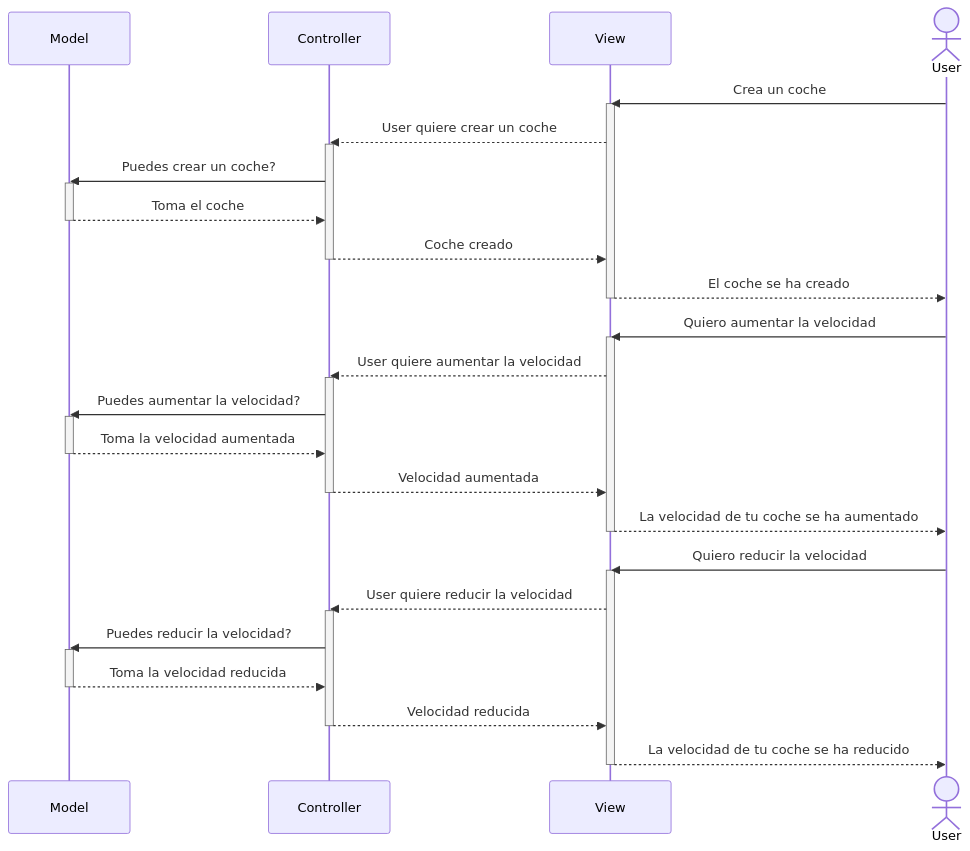
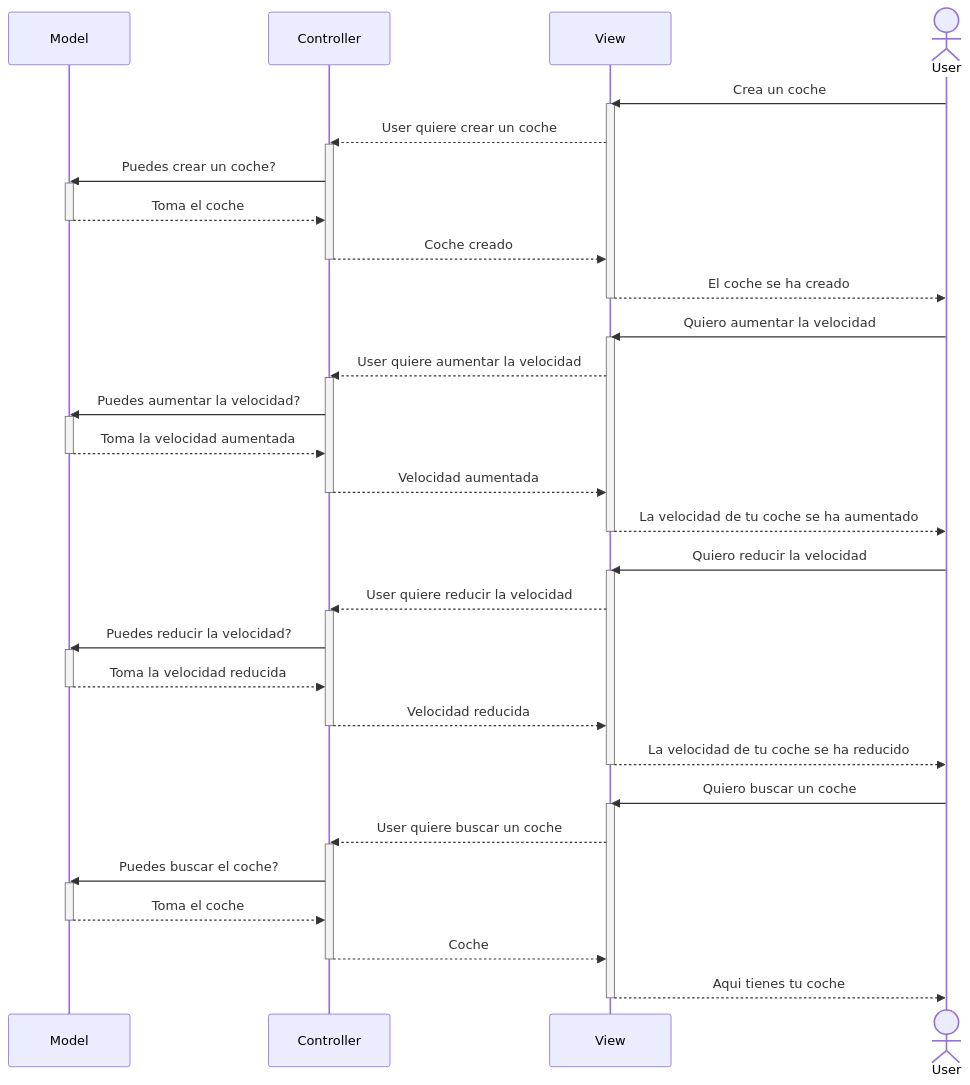
The second of 3 diagrams in Readme.md (JorgeAmestoy/MVC_coches), drawn with Mermaid before and after one commit. The commit also changed other lines of this file, not shown here.

````diff
--- a/Readme.md
+++ b/Readme.md
@@ -51,47 +53,62 @@
 ```mermaid
 sequenceDiagram
     participant Model
     participant Controller
     participant View
     actor User    
     
     User->>View: Crea un coche
     activate View
     View-->>Controller: User quiere crear un coche
     activate Controller    
     Controller->>Model: Puedes crear un coche?
     activate Model
     Model-->>Controller: Toma el coche
     Deactivate Model
     Controller-->>View: Coche creado
     deactivate Controller
     View-->>User: El coche se ha creado
     deactivate View
     
     User->>View: Quiero aumentar la velocidad
     activate View
     View-->>Controller: User quiere aumentar la velocidad
     activate Controller
     Controller->>Model: Puedes aumentar la velocidad?
     activate Model
     Model-->>Controller: Toma la velocidad aumentada
     deactivate Model
     Controller-->>View: Velocidad aumentada
     deactivate Controller
     View-->>User: La velocidad de tu coche se ha aumentado
     deactivate View
     
     User->>View: Quiero reducir la velocidad
     activate View
     View-->>Controller: User quiere reducir la velocidad
     activate Controller
     Controller->>Model: Puedes reducir la velocidad?
     activate Model
     Model-->>Controller: Toma la velocidad reducida
     deactivate Model
     Controller-->>View: Velocidad reducida
     deactivate Controller
     View-->>User: La velocidad de tu coche se ha reducido
     deactivate View
+    
+    User->>View: Quiero buscar un coche
+    activate View
+    View-->>Controller: User quiere buscar un coche
+    activate Controller
+    Controller->>Model: Puedes buscar el coche?
+    activate Model
+    Model-->>Controller: Toma el coche
+    deactivate Model
+    Controller-->>View: Coche
+    deactivate Controller
+    View-->>User: Aqui tienes tu coche
+    deactivate View
+    
+    
 
 ```
````
